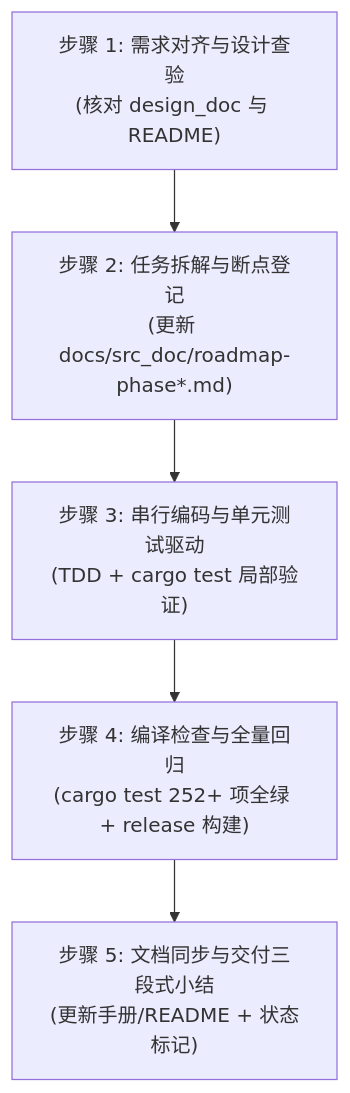
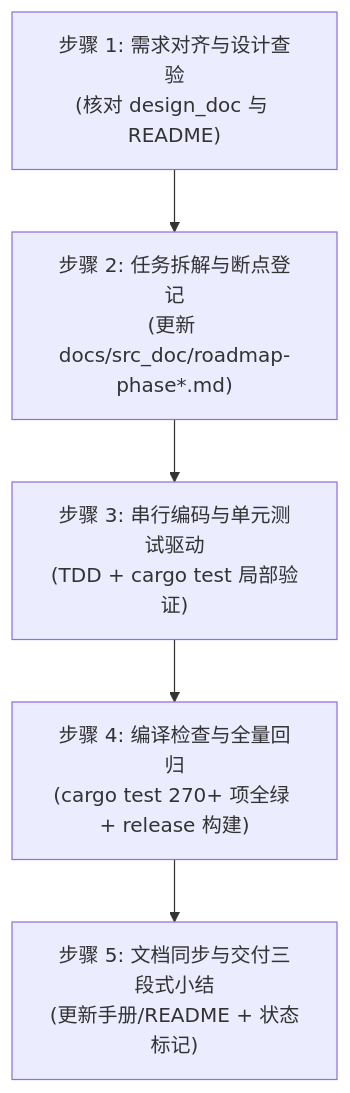
The diagram in skills/agent-body-developer/SKILL.md (digoal/agent-body), drawn with Mermaid before and after one commit. The commit also changed other lines of this file and 37 other files, not shown here.

````diff
--- a/skills/agent-body-developer/SKILL.md
+++ b/skills/agent-body-developer/SKILL.md
@@ -107,7 +107,7 @@
 ```mermaid
 flowchart TD
     A["步骤 1: 需求对齐与设计查验<br/>(核对 design_doc 与 README)"] --> B["步骤 2: 任务拆解与断点登记<br/>(更新 docs/src_doc/roadmap-phase*.md)"]
     B --> C["步骤 3: 串行编码与单元测试驱动<br/>(TDD + cargo test 局部验证)"]
-    C --> D["步骤 4: 编译检查与全量回归<br/>(cargo test 252+ 项全绿 + release 构建)"]
+    C --> D["步骤 4: 编译检查与全量回归<br/>(cargo test 270+ 项全绿 + release 构建)"]
     D --> E["步骤 5: 文档同步与交付三段式小结<br/>(更新手册/README + 状态标记)"]
 ```
````
